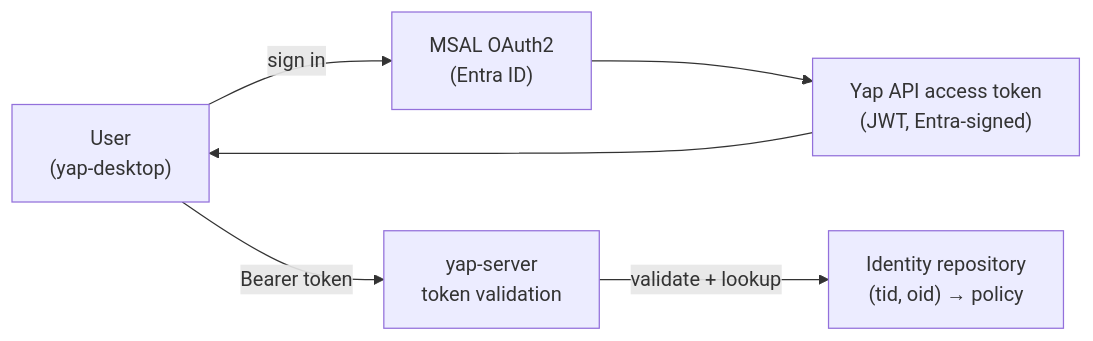
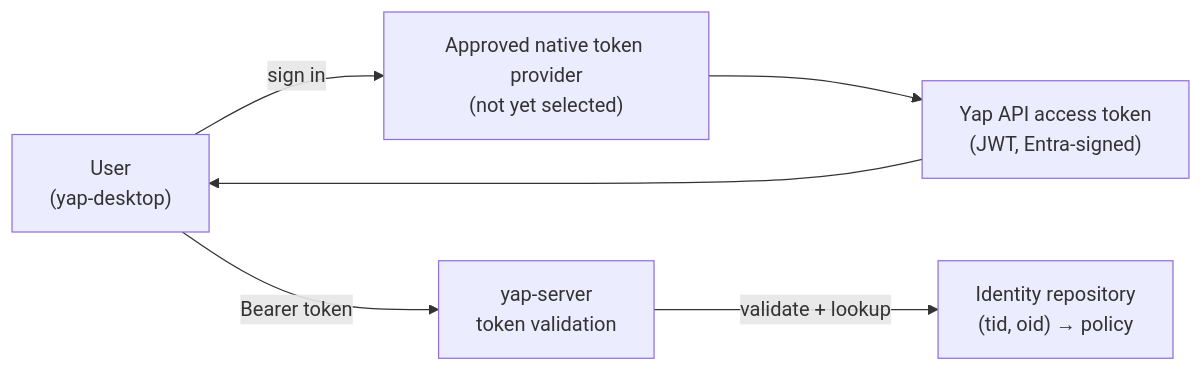
One commit to ZoOtMcNoOt/yap changed the diagram in docs/adr/0016-auth-identity-bridge.md. Above: the diagram before and after it, drawn with Mermaid. The commit also changed other lines of this file and 137 other files, not shown here.

````diff
--- a/docs/adr/0016-auth-identity-bridge.md
+++ b/docs/adr/0016-auth-identity-bridge.md
@@ -45,13 +49,13 @@
 ```mermaid
 flowchart LR
     User["User\n(yap-desktop)"]
-    MSAL["MSAL OAuth2\n(Entra ID)"]
+    Provider["Approved native token provider\n(not yet selected)"]
     Token["Yap API access token\n(JWT, Entra-signed)"]
     Server["yap-server\ntoken validation"]
     DB["Identity repository\n(tid, oid) → policy"]
 
-    User -->|"sign in"| MSAL
-    MSAL --> Token --> User
+    User -->|"sign in"| Provider
+    Provider --> Token --> User
     User -->|"Bearer token"| Server
     Server -->|"validate + lookup"| DB
 ```
````
